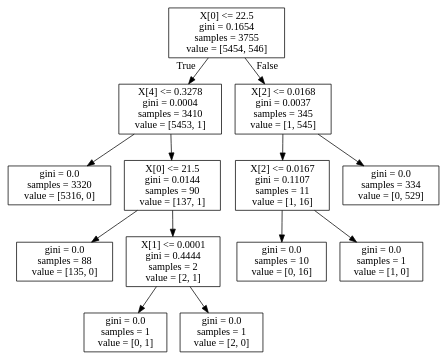
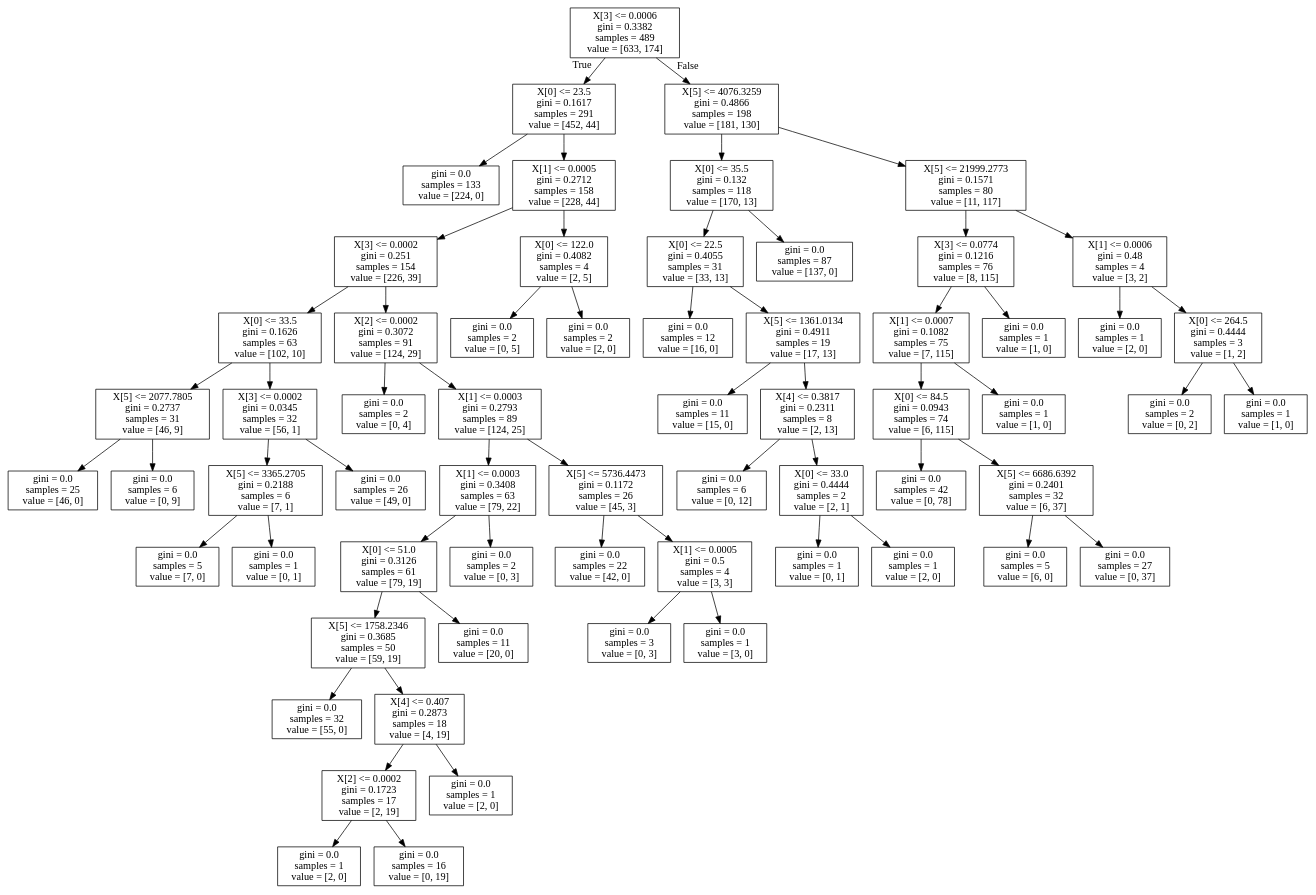
Before and after one commit to imwack/facebook: the diagram in 2.dot, drawn with Graphviz. The commit also changed 17 other files, not shown here.

```diff
--- a/2.dot
+++ b/2.dot
@@ -1,28 +1,128 @@
 digraph Tree {
 node [shape=box] ;
-0 [label="X[0] <= 22.5\ngini = 0.1654\nsamples = 3755\nvalue = [5454, 546]"] ;
-1 [label="X[4] <= 0.3278\ngini = 0.0004\nsamples = 3410\nvalue = [5453, 1]"] ;
+0 [label="X[3] <= 0.0006\ngini = 0.3382\nsamples = 489\nvalue = [633, 174]"] ;
+1 [label="X[0] <= 23.5\ngini = 0.1617\nsamples = 291\nvalue = [452, 44]"] ;
 0 -> 1 [labeldistance=2.5, labelangle=45, headlabel="True"] ;
-2 [label="gini = 0.0\nsamples = 3320\nvalue = [5316, 0]"] ;
+2 [label="gini = 0.0\nsamples = 133\nvalue = [224, 0]"] ;
 1 -> 2 ;
-3 [label="X[0] <= 21.5\ngini = 0.0144\nsamples = 90\nvalue = [137, 1]"] ;
+3 [label="X[1] <= 0.0005\ngini = 0.2712\nsamples = 158\nvalue = [228, 44]"] ;
 1 -> 3 ;
-4 [label="gini = 0.0\nsamples = 88\nvalue = [135, 0]"] ;
+4 [label="X[3] <= 0.0002\ngini = 0.251\nsamples = 154\nvalue = [226, 39]"] ;
 3 -> 4 ;
-5 [label="X[1] <= 0.0001\ngini = 0.4444\nsamples = 2\nvalue = [2, 1]"] ;
-3 -> 5 ;
-6 [label="gini = 0.0\nsamples = 1\nvalue = [0, 1]"] ;
+5 [label="X[0] <= 33.5\ngini = 0.1626\nsamples = 63\nvalue = [102, 10]"] ;
+4 -> 5 ;
+6 [label="X[5] <= 2077.7805\ngini = 0.2737\nsamples = 31\nvalue = [46, 9]"] ;
 5 -> 6 ;
-7 [label="gini = 0.0\nsamples = 1\nvalue = [2, 0]"] ;
-5 -> 7 ;
-8 [label="X[2] <= 0.0168\ngini = 0.0037\nsamples = 345\nvalue = [1, 545]"] ;
-0 -> 8 [labeldistance=2.5, labelangle=-45, headlabel="False"] ;
-9 [label="X[2] <= 0.0167\ngini = 0.1107\nsamples = 11\nvalue = [1, 16]"] ;
-8 -> 9 ;
-10 [label="gini = 0.0\nsamples = 10\nvalue = [0, 16]"] ;
+7 [label="gini = 0.0\nsamples = 25\nvalue = [46, 0]"] ;
+6 -> 7 ;
+8 [label="gini = 0.0\nsamples = 6\nvalue = [0, 9]"] ;
+6 -> 8 ;
+9 [label="X[3] <= 0.0002\ngini = 0.0345\nsamples = 32\nvalue = [56, 1]"] ;
+5 -> 9 ;
+10 [label="X[5] <= 3365.2705\ngini = 0.2188\nsamples = 6\nvalue = [7, 1]"] ;
 9 -> 10 ;
-11 [label="gini = 0.0\nsamples = 1\nvalue = [1, 0]"] ;
-9 -> 11 ;
-12 [label="gini = 0.0\nsamples = 334\nvalue = [0, 529]"] ;
-8 -> 12 ;
+11 [label="gini = 0.0\nsamples = 5\nvalue = [7, 0]"] ;
+10 -> 11 ;
+12 [label="gini = 0.0\nsamples = 1\nvalue = [0, 1]"] ;
+10 -> 12 ;
+13 [label="gini = 0.0\nsamples = 26\nvalue = [49, 0]"] ;
+9 -> 13 ;
+14 [label="X[2] <= 0.0002\ngini = 0.3072\nsamples = 91\nvalue = [124, 29]"] ;
+4 -> 14 ;
+15 [label="gini = 0.0\nsamples = 2\nvalue = [0, 4]"] ;
+14 -> 15 ;
+16 [label="X[1] <= 0.0003\ngini = 0.2793\nsamples = 89\nvalue = [124, 25]"] ;
+14 -> 16 ;
+17 [label="X[1] <= 0.0003\ngini = 0.3408\nsamples = 63\nvalue = [79, 22]"] ;
+16 -> 17 ;
+18 [label="X[0] <= 51.0\ngini = 0.3126\nsamples = 61\nvalue = [79, 19]"] ;
+17 -> 18 ;
+19 [label="X[5] <= 1758.2346\ngini = 0.3685\nsamples = 50\nvalue = [59, 19]"] ;
+18 -> 19 ;
+20 [label="gini = 0.0\nsamples = 32\nvalue = [55, 0]"] ;
+19 -> 20 ;
+21 [label="X[4] <= 0.407\ngini = 0.2873\nsamples = 18\nvalue = [4, 19]"] ;
+19 -> 21 ;
+22 [label="X[2] <= 0.0002\ngini = 0.1723\nsamples = 17\nvalue = [2, 19]"] ;
+21 -> 22 ;
+23 [label="gini = 0.0\nsamples = 1\nvalue = [2, 0]"] ;
+22 -> 23 ;
+24 [label="gini = 0.0\nsamples = 16\nvalue = [0, 19]"] ;
+22 -> 24 ;
+25 [label="gini = 0.0\nsamples = 1\nvalue = [2, 0]"] ;
+21 -> 25 ;
+26 [label="gini = 0.0\nsamples = 11\nvalue = [20, 0]"] ;
+18 -> 26 ;
+27 [label="gini = 0.0\nsamples = 2\nvalue = [0, 3]"] ;
+17 -> 27 ;
+28 [label="X[5] <= 5736.4473\ngini = 0.1172\nsamples = 26\nvalue = [45, 3]"] ;
+16 -> 28 ;
+29 [label="gini = 0.0\nsamples = 22\nvalue = [42, 0]"] ;
+28 -> 29 ;
+30 [label="X[1] <= 0.0005\ngini = 0.5\nsamples = 4\nvalue = [3, 3]"] ;
+28 -> 30 ;
+31 [label="gini = 0.0\nsamples = 3\nvalue = [0, 3]"] ;
+30 -> 31 ;
+32 [label="gini = 0.0\nsamples = 1\nvalue = [3, 0]"] ;
+30 -> 32 ;
+33 [label="X[0] <= 122.0\ngini = 0.4082\nsamples = 4\nvalue = [2, 5]"] ;
+3 -> 33 ;
+34 [label="gini = 0.0\nsamples = 2\nvalue = [0, 5]"] ;
+33 -> 34 ;
+35 [label="gini = 0.0\nsamples = 2\nvalue = [2, 0]"] ;
+33 -> 35 ;
+36 [label="X[5] <= 4076.3259\ngini = 0.4866\nsamples = 198\nvalue = [181, 130]"] ;
+0 -> 36 [labeldistance=2.5, labelangle=-45, headlabel="False"] ;
+37 [label="X[0] <= 35.5\ngini = 0.132\nsamples = 118\nvalue = [170, 13]"] ;
+36 -> 37 ;
+38 [label="X[0] <= 22.5\ngini = 0.4055\nsamples = 31\nvalue = [33, 13]"] ;
+37 -> 38 ;
+39 [label="gini = 0.0\nsamples = 12\nvalue = [16, 0]"] ;
+38 -> 39 ;
+40 [label="X[5] <= 1361.0134\ngini = 0.4911\nsamples = 19\nvalue = [17, 13]"] ;
+38 -> 40 ;
+41 [label="gini = 0.0\nsamples = 11\nvalue = [15, 0]"] ;
+40 -> 41 ;
+42 [label="X[4] <= 0.3817\ngini = 0.2311\nsamples = 8\nvalue = [2, 13]"] ;
+40 -> 42 ;
+43 [label="gini = 0.0\nsamples = 6\nvalue = [0, 12]"] ;
+42 -> 43 ;
+44 [label="X[0] <= 33.0\ngini = 0.4444\nsamples = 2\nvalue = [2, 1]"] ;
+42 -> 44 ;
+45 [label="gini = 0.0\nsamples = 1\nvalue = [0, 1]"] ;
+44 -> 45 ;
+46 [label="gini = 0.0\nsamples = 1\nvalue = [2, 0]"] ;
+44 -> 46 ;
+47 [label="gini = 0.0\nsamples = 87\nvalue = [137, 0]"] ;
+37 -> 47 ;
+48 [label="X[5] <= 21999.2773\ngini = 0.1571\nsamples = 80\nvalue = [11, 117]"] ;
+36 -> 48 ;
+49 [label="X[3] <= 0.0774\ngini = 0.1216\nsamples = 76\nvalue = [8, 115]"] ;
+48 -> 49 ;
+50 [label="X[1] <= 0.0007\ngini = 0.1082\nsamples = 75\nvalue = [7, 115]"] ;
+49 -> 50 ;
+51 [label="X[0] <= 84.5\ngini = 0.0943\nsamples = 74\nvalue = [6, 115]"] ;
+50 -> 51 ;
+52 [label="gini = 0.0\nsamples = 42\nvalue = [0, 78]"] ;
+51 -> 52 ;
+53 [label="X[5] <= 6686.6392\ngini = 0.2401\nsamples = 32\nvalue = [6, 37]"] ;
+51 -> 53 ;
+54 [label="gini = 0.0\nsamples = 5\nvalue = [6, 0]"] ;
+53 -> 54 ;
+55 [label="gini = 0.0\nsamples = 27\nvalue = [0, 37]"] ;
+53 -> 55 ;
+56 [label="gini = 0.0\nsamples = 1\nvalue = [1, 0]"] ;
+50 -> 56 ;
+57 [label="gini = 0.0\nsamples = 1\nvalue = [1, 0]"] ;
+49 -> 57 ;
+58 [label="X[1] <= 0.0006\ngini = 0.48\nsamples = 4\nvalue = [3, 2]"] ;
+48 -> 58 ;
+59 [label="gini = 0.0\nsamples = 1\nvalue = [2, 0]"] ;
+58 -> 59 ;
+60 [label="X[0] <= 264.5\ngini = 0.4444\nsamples = 3\nvalue = [1, 2]"] ;
+58 -> 60 ;
+61 [label="gini = 0.0\nsamples = 2\nvalue = [0, 2]"] ;
+60 -> 61 ;
+62 [label="gini = 0.0\nsamples = 1\nvalue = [1, 0]"] ;
+60 -> 62 ;
 }
```
